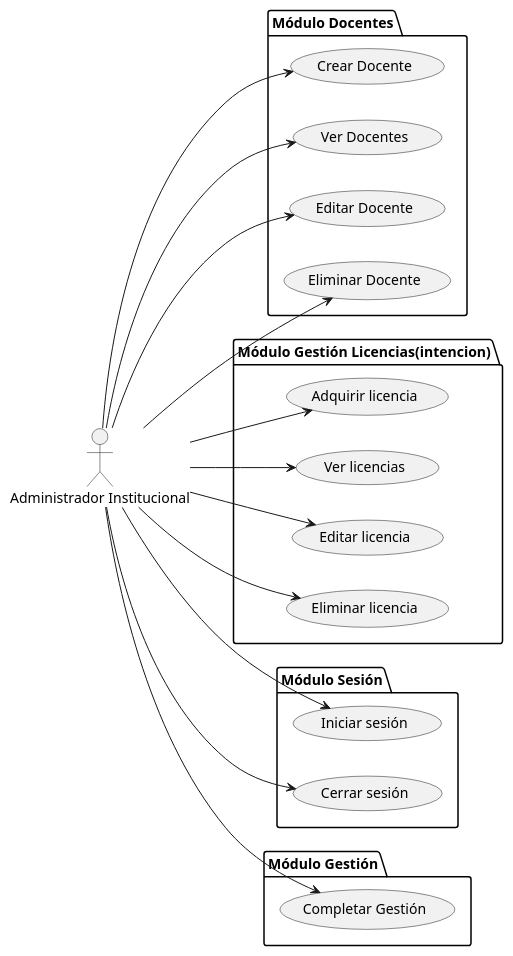
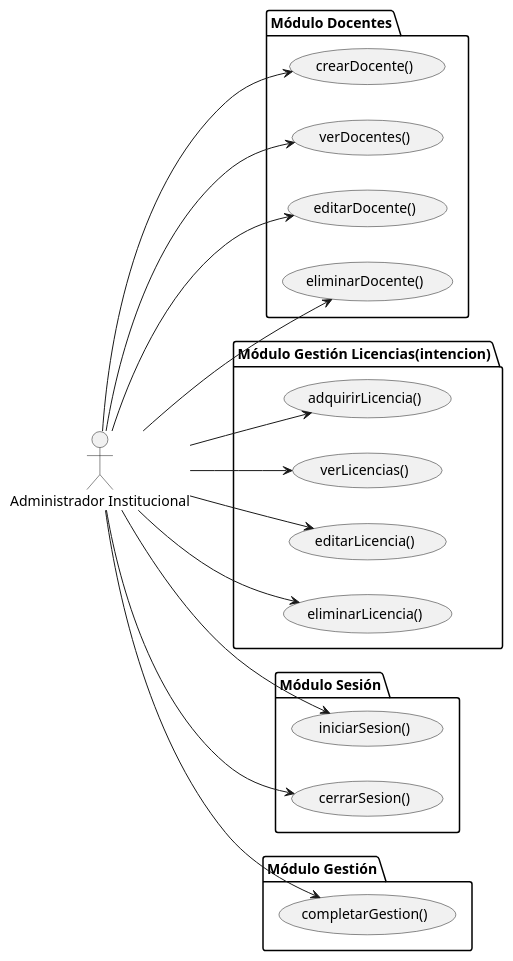
One commit to martinlopez7/25-26-IdSw1-SdR changed the diagram in documents/casos-de-uso/encontrarActoresYCasosDeUso/actoresYCasosDeUso-administradorInstitucional.puml. Above: the diagram before and after it, drawn with PlantUML. The commit also changed 7 other files, not shown here.

```diff
--- a/documents/casos-de-uso/encontrarActoresYCasosDeUso/actoresYCasosDeUso-administradorInstitucional.puml
+++ b/documents/casos-de-uso/encontrarActoresYCasosDeUso/actoresYCasosDeUso-administradorInstitucional.puml
@@ -1,42 +1,42 @@
 @startuml actoresYCasosDeUso-administradorInstitucional
 
 left to right direction
 
 actor "Administrador Institucional" as admin
 
 package "Módulo Docentes" {
-  usecase "Crear Docente" as UC32
-  usecase "Ver Docentes" as UC33
-  usecase "Editar Docente" as UC34
-  usecase "Eliminar Docente" as UC35
+  usecase "crearDocente()" as UC32
+  usecase "verDocentes()" as UC33
+  usecase "editarDocente()" as UC34
+  usecase "eliminarDocente()" as UC35
 }
 
 package "Módulo Gestión Licencias(intencion)" {
-  usecase "Adquirir licencia" as UC36
-  usecase "Ver licencias" as UC37
-  usecase "Editar licencia" as UC38
-  usecase "Eliminar licencia" as UC39
+  usecase "adquirirLicencia()" as UC36
+  usecase "verLicencias()" as UC37
+  usecase "editarLicencia()" as UC38
+  usecase "eliminarLicencia()" as UC39
 }
 
 package "Módulo Sesión" {
-  usecase "Iniciar sesión" as UC41
-  usecase "Cerrar sesión" as UC42
+  usecase "iniciarSesion()" as UC41
+  usecase "cerrarSesion()" as UC42
 }
 package "Módulo Gestión" {
-  usecase "Completar Gestión" as UC13
+  usecase "completarGestion()" as UC13
 
 }
 
 admin --> UC13
 admin --> UC32
 admin --> UC33
 admin --> UC34
 admin --> UC35
 admin --> UC36
 admin --> UC37
 admin --> UC38
 admin --> UC39
 admin --> UC41
 admin --> UC42
 
 @enduml
```
